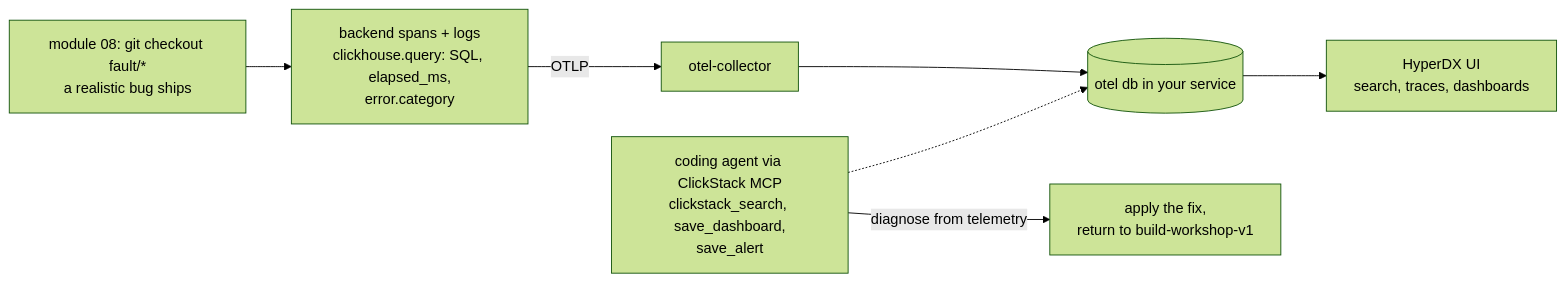
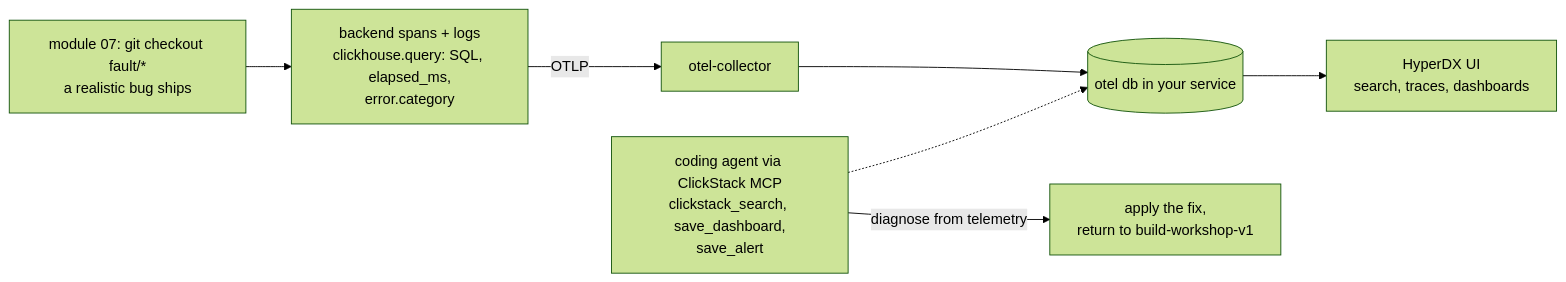
One commit to ClickHouse/ClickHouse_Demos changed the fourth of 4 diagrams in workshops/build_workshop/README.md. Above: the diagram before and after it, drawn with Mermaid (forest theme). The commit also changed other lines of this file and 40 other files, not shown here.

````diff
--- a/workshops/build_workshop/README.md
+++ b/workshops/build_workshop/README.md
@@ -107,9 +107,9 @@
 ```mermaid
 flowchart LR
   APP["backend spans + logs<br/>clickhouse.query: SQL, elapsed_ms,<br/>error.category"] -->|OTLP| COL["otel-collector"]
   COL --> OTEL[("otel db in your service")]
   OTEL --> HDX2["HyperDX UI<br/>search, traces, dashboards"]
   SRE["coding agent via ClickStack MCP<br/>clickstack_search, save_dashboard,<br/>save_alert"] -.-> OTEL
-  FAULT["module 08: git checkout fault/*<br/>a realistic bug ships"] --> APP
+  FAULT["module 07: git checkout fault/*<br/>a realistic bug ships"] --> APP
   SRE -->|diagnose from telemetry| FIX["apply the fix,<br/>return to build-workshop-v1"]
 ```
````
